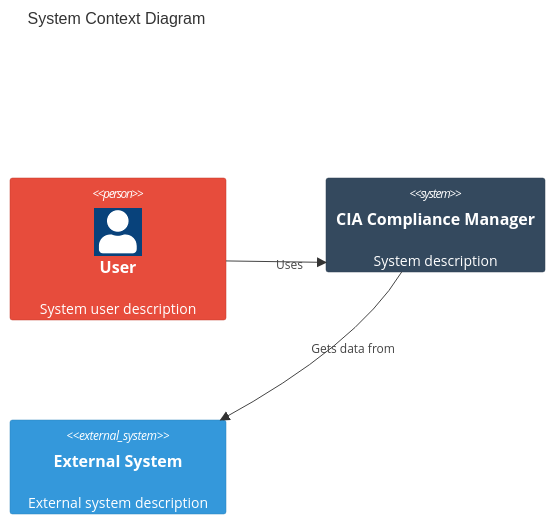
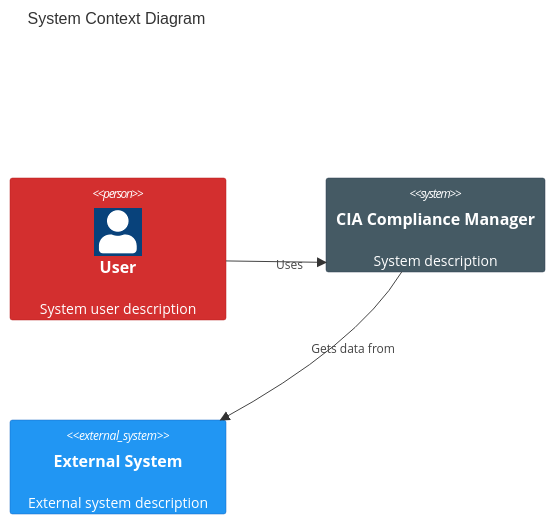
The second of 5 diagrams in docs/architecture/CONTRIBUTION_GUIDELINES.md (Hack23/cia-compliance-manager), drawn with Mermaid before and after one commit. The commit also changed 18 other files, not shown here.

````diff
--- a/docs/architecture/CONTRIBUTION_GUIDELINES.md
+++ b/docs/architecture/CONTRIBUTION_GUIDELINES.md
@@ -83,16 +83,16 @@
 ```mermaid
 C4Context
   title System Context Diagram
 
   Person(user, "User", "System user description")
   System(system, "CIA Compliance Manager", "System description")
   System_Ext(externalSystem, "External System", "External system description")
 
   Rel(user, system, "Uses")
   Rel(system, externalSystem, "Gets data from")
 
   %% Style definitions with enhanced colors
-  UpdateElementStyle(user, $fontColor="white", $bgColor="#e74c3c", $borderColor="#c0392b")
-  UpdateElementStyle(system, $fontColor="white", $bgColor="#34495e", $borderColor="#2c3e50")
-  UpdateElementStyle(externalSystem, $fontColor="white", $bgColor="#3498db", $borderColor="#2980b9")
+  UpdateElementStyle(user, $fontColor="white", $bgColor="#D32F2F", $borderColor="#B71C1C")
+  UpdateElementStyle(system, $fontColor="white", $bgColor="#455A64", $borderColor="#2c3e50")
+  UpdateElementStyle(externalSystem, $fontColor="white", $bgColor="#2196F3", $borderColor="#1565C0")
 ```
````
